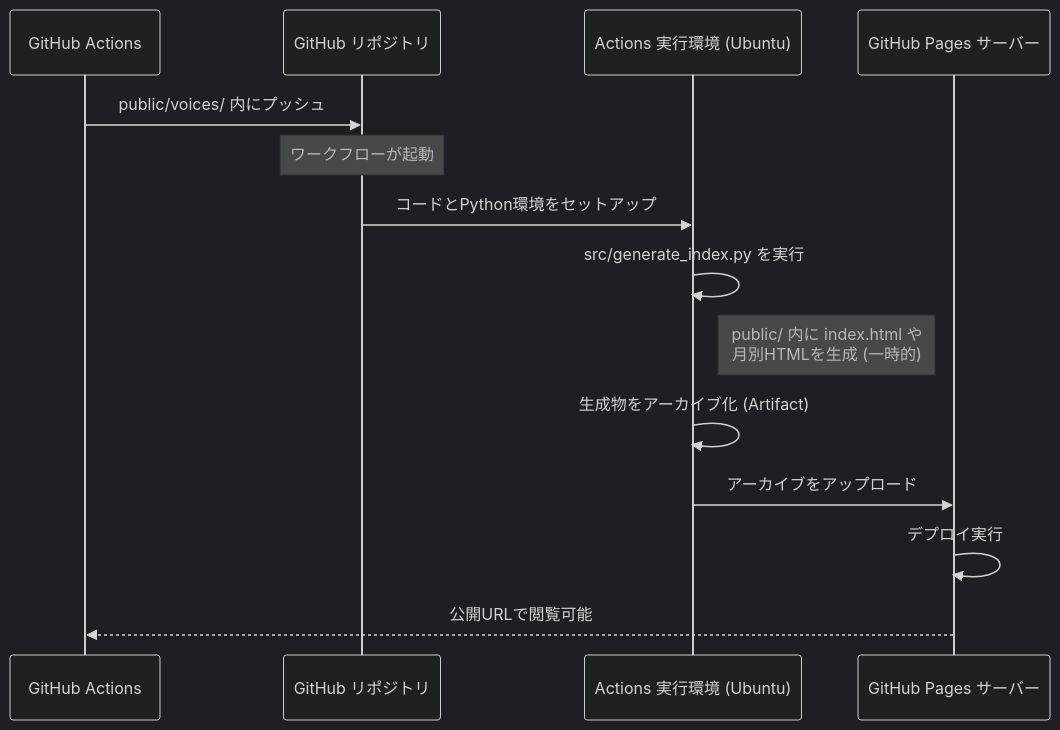
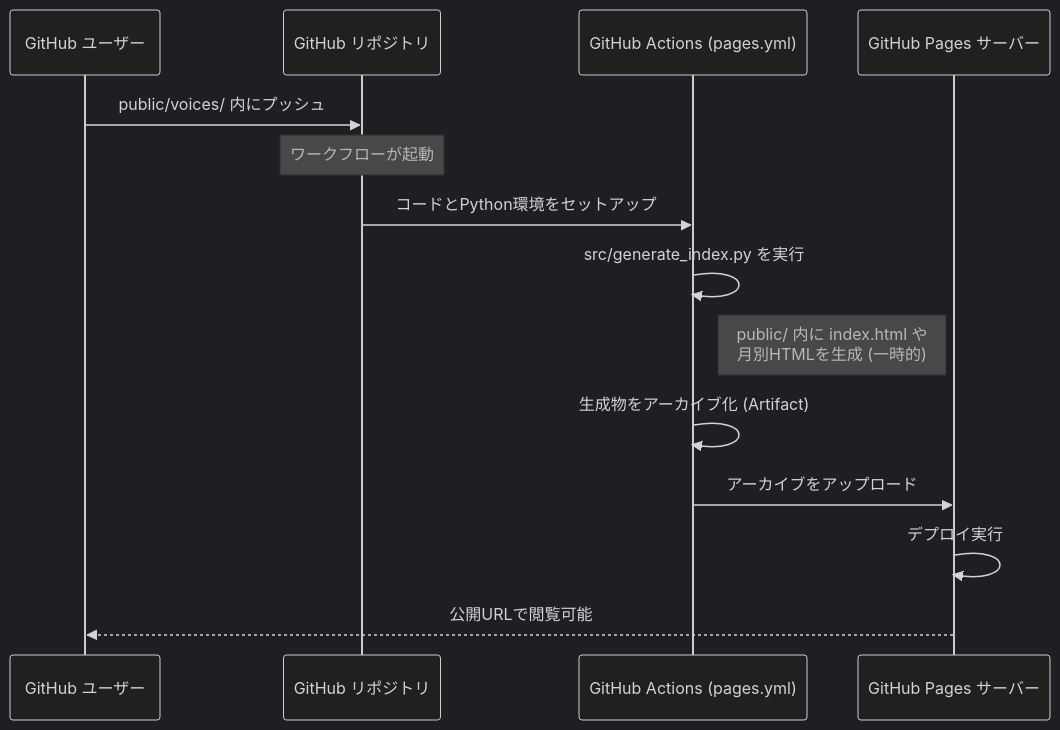
The second of 2 diagrams in README.md (hgssnk/say-something), drawn with Mermaid (dark theme) before and after one commit.

Commit message:
github pages

````diff
--- a/README.md
+++ b/README.md
@@ -24,17 +24,17 @@
 ```mermaid
 sequenceDiagram
-    participant User as GitHub Actions
+    participant User as GitHub ユーザー
     participant Repo as GitHub リポジトリ
-    participant Runner as Actions 実行環境 (Ubuntu)
+    participant Runner as GitHub Actions (pages.yml)
     participant Pages as GitHub Pages サーバー
 
     User->>Repo: public/voices/ 内にプッシュ
     Note over Repo: ワークフローが起動
     Repo->>Runner: コードとPython環境をセットアップ
     Runner->>Runner: src/generate_index.py を実行
     Note right of Runner: public/ 内に index.html や<br/>月別HTMLを生成 (一時的)
     Runner->>Runner: 生成物をアーカイブ化 (Artifact)
     Runner->>Pages: アーカイブをアップロード
     Pages->>Pages: デプロイ実行
     Pages-->>User: 公開URLで閲覧可能
 ```
````
